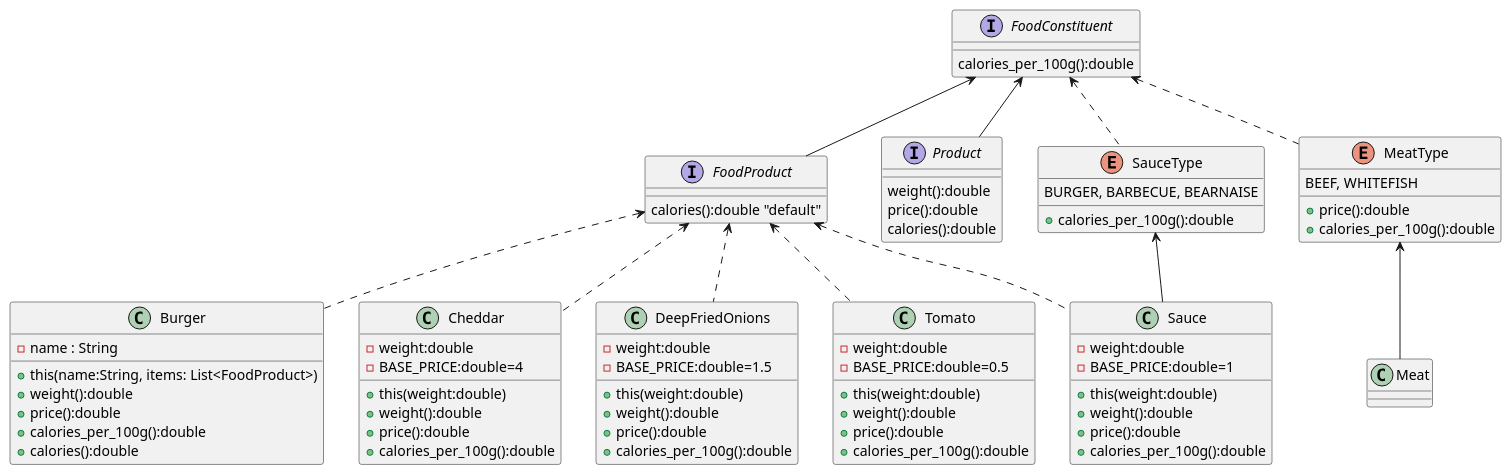
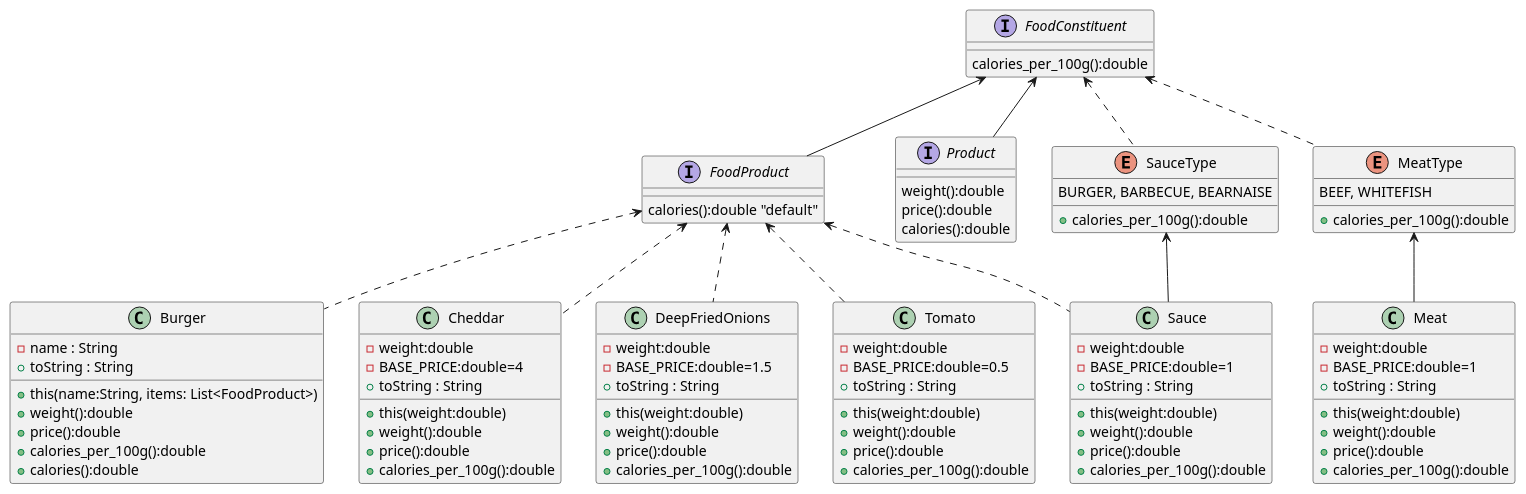
One commit to AnisoaraVida/td1 changed the diagram in src/main/java/td1/refactor/api/general/diagram1.puml. Above: the diagram before and after it, drawn with PlantUML. The commit also changed 1 other file, not shown here.

```diff
--- a/src/main/java/td1/refactor/api/general/diagram1.puml
+++ b/src/main/java/td1/refactor/api/general/diagram1.puml
@@ -1,102 +1,116 @@
 @startuml
 
 class Burger
 class Cheddar
 class DeepFriedOnions
 class Meat
 class Sauce
 class Tomato
 
 interface FoodConstituent
 interface FoodProduct
 interface Product
 
 enum MeatType
 enum SauceType
 
  FoodConstituent <-- FoodProduct
  FoodConstituent <-- Product
  FoodProduct <.. Tomato
  FoodProduct <.. Burger
  FoodProduct <.. DeepFriedOnions
  FoodProduct <.. Cheddar
  FoodProduct <.. Sauce
  SauceType <-- Sauce
  MeatType <-- Meat
  FoodConstituent <.. SauceType
  FoodConstituent <.. MeatType
 
 
 
 
 interface Product{
  weight():double
  price():double
  calories():double
 }
 
 interface FoodProduct{
  calories():double "default"
 }
 
 interface FoodConstituent{
  calories_per_100g():double
 }
 
 class Burger{
  -name : String
  +this(name:String, items: List<FoodProduct>)
  +weight():double
  +price():double
  +calories_per_100g():double
  +calories():double
+ +toString : String
 }
 
 class Tomato{
  -weight:double
  -BASE_PRICE:double=0.5
  +this(weight:double)
  +weight():double
  +price():double
  +calories_per_100g():double
+ +toString : String
 }
 
 class DeepFriedOnions{
  -weight:double
  -BASE_PRICE:double=1.5
  +this(weight:double)
  +weight():double
  +price():double
  +calories_per_100g():double
+ +toString : String
 }
 
 class Cheddar{
  -weight:double
  -BASE_PRICE:double=4
  +this(weight:double)
  +weight():double
  +price():double
  +calories_per_100g():double
+ +toString : String
 }
 
 class Sauce{
  -weight:double
  -BASE_PRICE:double=1
  +this(weight:double)
  +weight():double
  +price():double
  +calories_per_100g():double
+ +toString : String
+}
+
+class Meat{
+ -weight:double
+ -BASE_PRICE:double=1
+ +this(weight:double)
+ +weight():double
+ +price():double
+ +calories_per_100g():double
+ +toString : String
 }
 
 enum SauceType{
  BURGER, BARBECUE, BEARNAISE
  +calories_per_100g():double
 }
 
 enum MeatType{
  BEEF, WHITEFISH
- +price():double
  +calories_per_100g():double
 }
 
 @enduml
```
